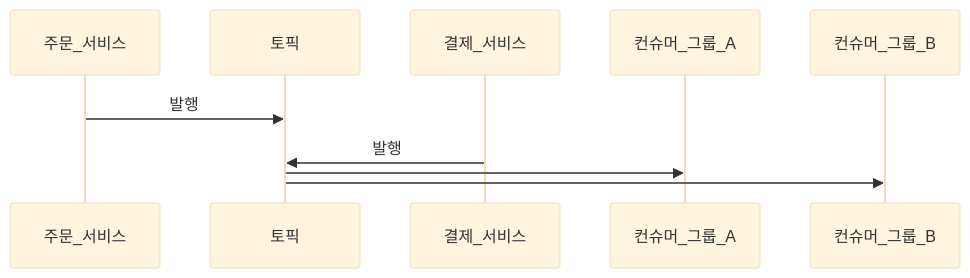
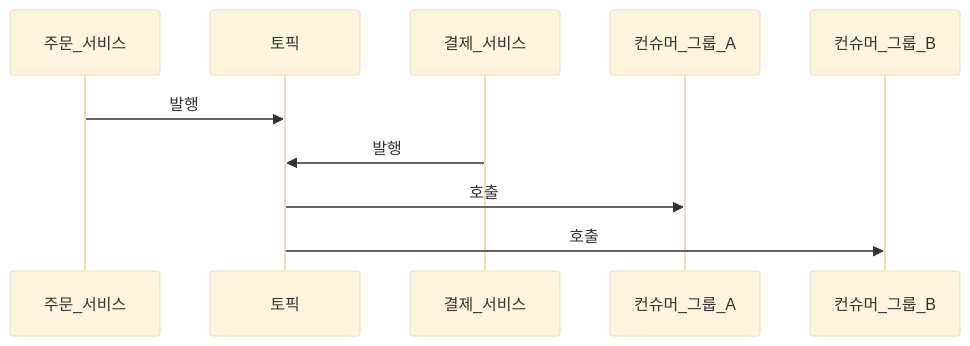
One commit to yjkim2015/yjkim2015.github.io changed the first of 12 diagrams in _posts/kafka/2026-05-02-kafka-deep.md. Above: the diagram before and after it, drawn with Mermaid (base theme). The commit also changed other lines of this file and 85 other files, not shown here.

First line of the commit message:
sequenceDiagram 문법 에러 2차 수정 169개 (86파일)

````diff
--- a/_posts/kafka/2026-05-02-kafka-deep.md
+++ b/_posts/kafka/2026-05-02-kafka-deep.md
@@ -22,7 +22,7 @@
 ```mermaid
 sequenceDiagram
     주문_서비스->>토픽: 발행
     결제_서비스->>토픽: 발행
-    토픽->>컨슈머_그룹_A:
-    토픽->>컨슈머_그룹_B:
+    토픽->>컨슈머_그룹_A: 호출
+    토픽->>컨슈머_그룹_B: 호출
 ```
````
